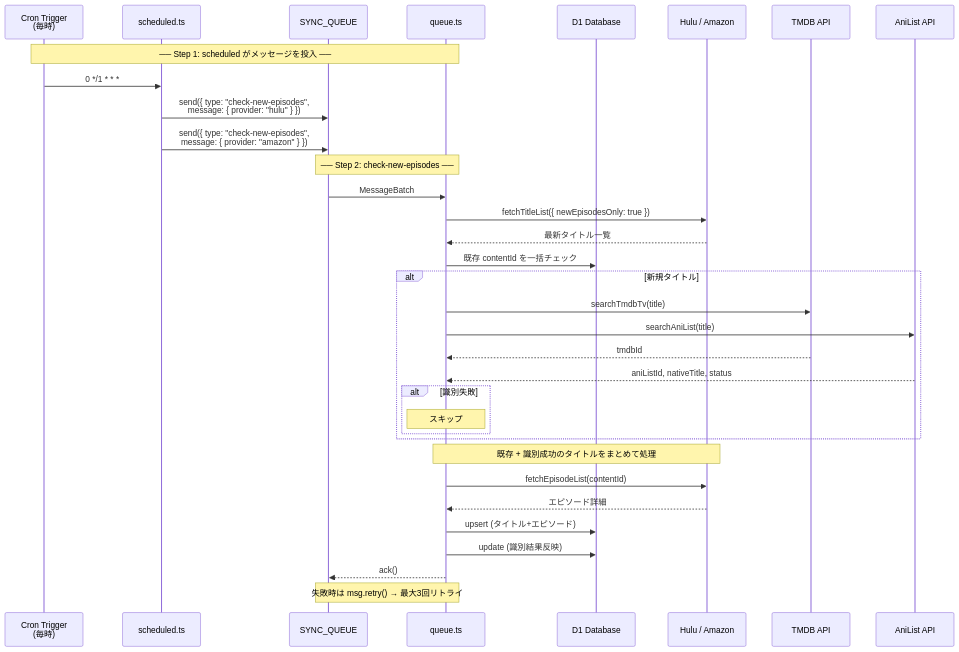
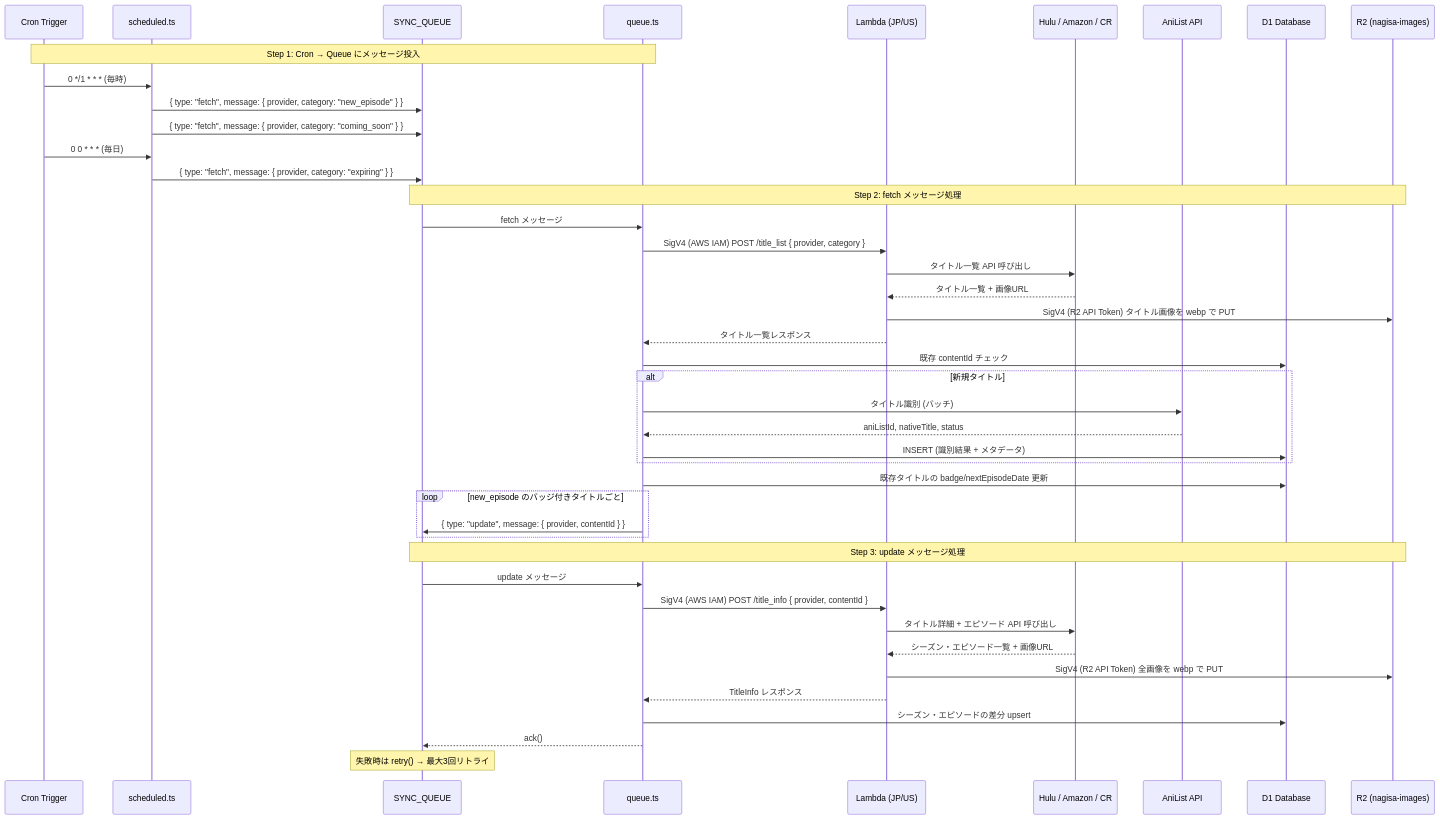
One commit to tkgstrator/anime-tracker changed the second of 3 diagrams in docs/sync-queue-architecture.md. Above: the diagram before and after it, drawn with Mermaid. The commit also changed other lines of this file and 27 other files, not shown here.

First line of the commit message:
feat(sync): add Crunchyroll support and unify Lambda fetch handling

````diff
--- a/docs/sync-queue-architecture.md
+++ b/docs/sync-queue-architecture.md
@@ -32,46 +62,58 @@
 ```mermaid
 sequenceDiagram
-    participant Cron as Cron Trigger<br/>(毎時)
-    participant Scheduled as scheduled.ts
-    participant Queue as SYNC_QUEUE
-    participant Consumer as queue.ts
+    participant Cron as Cron Trigger
+    participant Sched as scheduled.ts
+    participant Q as SYNC_QUEUE
+    participant QC as queue.ts
+    participant Lambda as Lambda (JP/US)
+    participant Provider as Hulu / Amazon / CR
+    participant AniList as AniList API
     participant D1 as D1 Database
-    participant Provider as Hulu / Amazon
-    participant TMDB as TMDB API
-    participant AniList as AniList API
+    participant R2 as R2 (nagisa-images)
 
-    Note over Cron,Consumer: ── Step 1: scheduled がメッセージを投入 ──
+    Note over Cron,QC: Step 1: Cron → Queue にメッセージ投入
 
-    Cron->>Scheduled: 0 */1 * * *
-    Scheduled->>Queue: send({ type: "check-new-episodes",<br/>message: { provider: "hulu" } })
-    Scheduled->>Queue: send({ type: "check-new-episodes",<br/>message: { provider: "amazon" } })
+    Cron->>Sched: 0 */1 * * * (毎時)
+    Sched->>Q: { type: "fetch", message: { provider, category: "new_episode" } }
+    Sched->>Q: { type: "fetch", message: { provider, category: "coming_soon" } }
 
-    Note over Queue,Consumer: ── Step 2: check-new-episodes ──
+    Cron->>Sched: 0 0 * * * (毎日)
+    Sched->>Q: { type: "fetch", message: { provider, category: "expiring" } }
 
-    Queue->>Consumer: MessageBatch
+    Note over Q,R2: Step 2: fetch メッセージ処理
 
-    Consumer->>Provider: fetchTitleList({ newEpisodesOnly: true })
-    Provider-->>Consumer: 最新タイトル一覧
+    Q->>QC: fetch メッセージ
+    QC->>Lambda: SigV4 (AWS IAM) POST /title_list { provider, category }
+    Lambda->>Provider: タイトル一覧 API 呼び出し
+    Provider-->>Lambda: タイトル一覧 + 画像URL
+    Lambda->>R2: SigV4 (R2 API Token) タイトル画像を webp で PUT
+    Lambda-->>QC: タイトル一覧レスポンス
 
-    Consumer->>D1: 既存 contentId を一括チェック
+    QC->>D1: 既存 contentId チェック
 
     alt 新規タイトル
-        Consumer->>TMDB: searchTmdbTv(title)
-        Consumer->>AniList: searchAniList(title)
-        TMDB-->>Consumer: tmdbId
-        AniList-->>Consumer: aniListId, nativeTitle, status
-        alt 識別失敗
-            Note over Consumer: スキップ
-        end
+        QC->>AniList: タイトル識別 (バッチ)
+        AniList-->>QC: aniListId, nativeTitle, status
+        QC->>D1: INSERT (識別結果 + メタデータ)
     end
 
-    Note over Consumer,Provider: 既存 + 識別成功のタイトルをまとめて処理
+    QC->>D1: 既存タイトルの badge/nextEpisodeDate 更新
 
-    Consumer->>Provider: fetchEpisodeList(contentId)
-    Provider-->>Consumer: エピソード詳細
-    Consumer->>D1: upsert (タイトル+エピソード)
-    Consumer->>D1: update (識別結果反映)
-    Consumer-->>Queue: ack()
+    loop new_episode のバッジ付きタイトルごと
+        QC->>Q: { type: "update", message: { provider, contentId } }
+    end
 
-    Note over Queue,Consumer: 失敗時は msg.retry() → 最大3回リトライ
+    Note over Q,R2: Step 3: update メッセージ処理
+
+    Q->>QC: update メッセージ
+    QC->>Lambda: SigV4 (AWS IAM) POST /title_info { provider, contentId }
+    Lambda->>Provider: タイトル詳細 + エピソード API 呼び出し
+    Provider-->>Lambda: シーズン・エピソード一覧 + 画像URL
+    Lambda->>R2: SigV4 (R2 API Token) 全画像を webp で PUT
+    Lambda-->>QC: TitleInfo レスポンス
+
+    QC->>D1: シーズン・エピソードの差分 upsert
+    QC-->>Q: ack()
+
+    Note over Q: 失敗時は retry() → 最大3回リトライ
 ```
````
